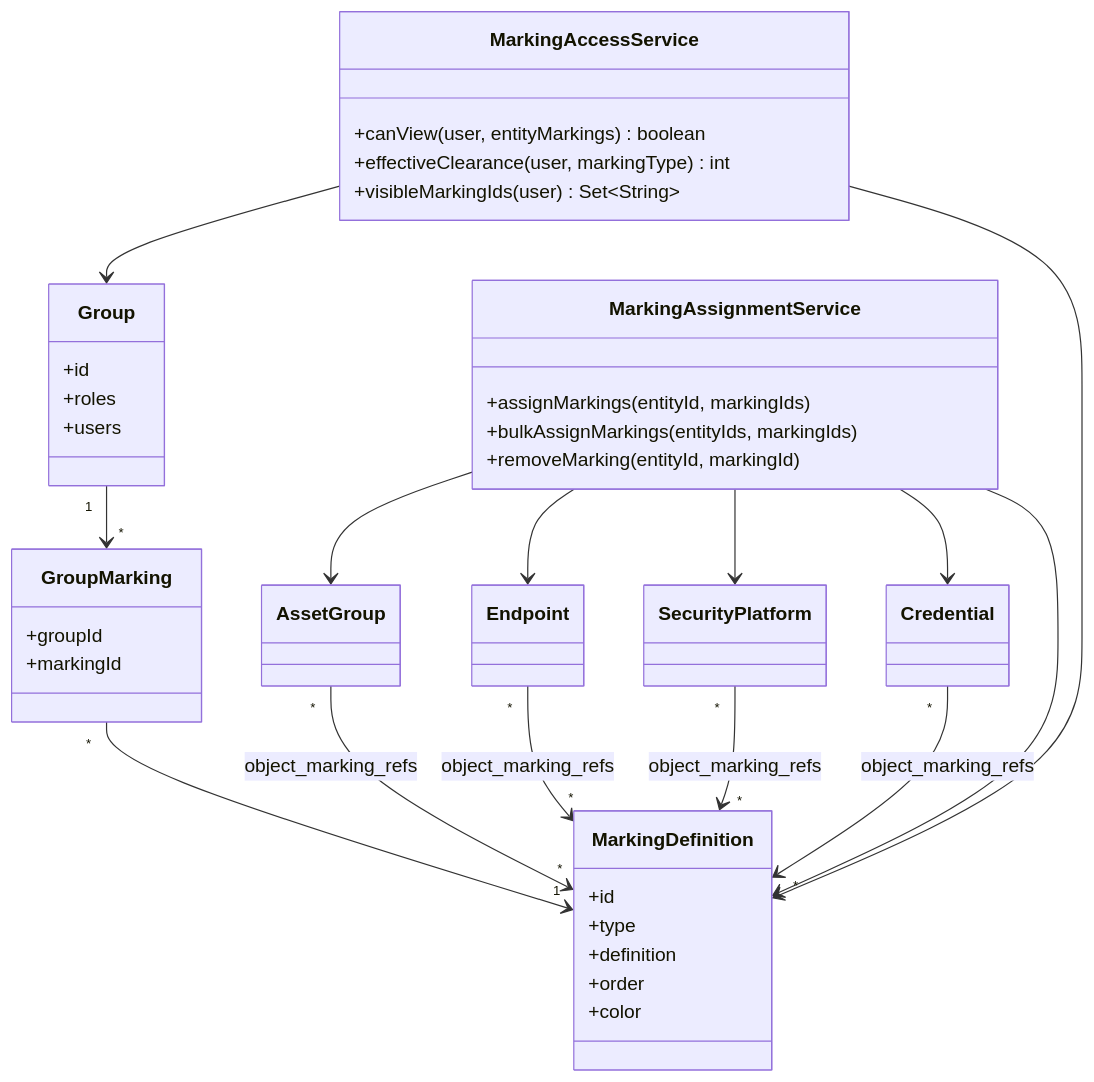
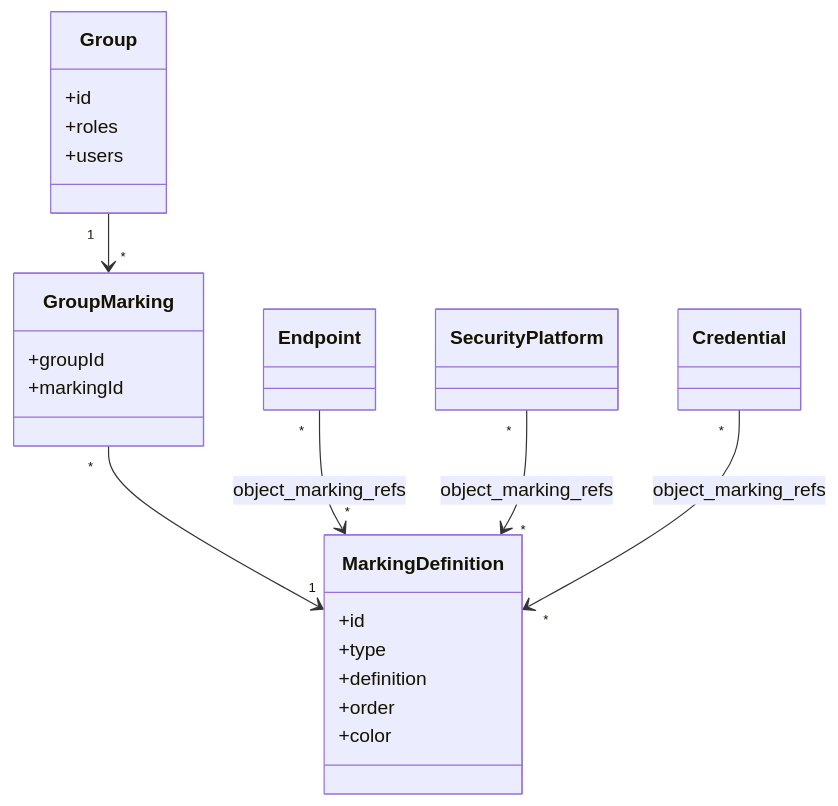
The first of 3 diagrams in brainstorming/marking/tech-design.md (OpenAEV-Platform/openaev), drawn with Mermaid before and after one commit. The commit also changed other lines of this file, not shown here.

````diff
--- a/brainstorming/marking/tech-design.md
+++ b/brainstorming/marking/tech-design.md
@@ -249,49 +89,28 @@
 ```mermaid
 classDiagram
     class MarkingDefinition {
       +id
       +type
       +definition
       +order
       +color
     }
     class Group {
       +id
       +roles
       +users
     }
     class GroupMarking {
       +groupId
       +markingId
     }
-    class AssetGroup
     class Endpoint
     class SecurityPlatform
     class Credential
 
-    class MarkingAccessService {
-      +canView(user, entityMarkings) boolean
-      +effectiveClearance(user, markingType) int
-      +visibleMarkingIds(user) Set~String~
-    }
-    class MarkingAssignmentService {
-      +assignMarkings(entityId, markingIds)
-      +bulkAssignMarkings(entityIds, markingIds)
-      +removeMarking(entityId, markingId)
-    }
-
     Group "1" --> "*" GroupMarking
     GroupMarking "*" --> "1" MarkingDefinition
-    AssetGroup "*" --> "*" MarkingDefinition : object_marking_refs
     Endpoint "*" --> "*" MarkingDefinition : object_marking_refs
     SecurityPlatform "*" --> "*" MarkingDefinition : object_marking_refs
     Credential "*" --> "*" MarkingDefinition : object_marking_refs
-
-    MarkingAssignmentService --> MarkingDefinition
-    MarkingAssignmentService --> AssetGroup
-    MarkingAssignmentService --> Endpoint
-    MarkingAssignmentService --> SecurityPlatform
-    MarkingAssignmentService --> Credential
-    MarkingAccessService --> Group
-    MarkingAccessService --> MarkingDefinition
 ```
````
